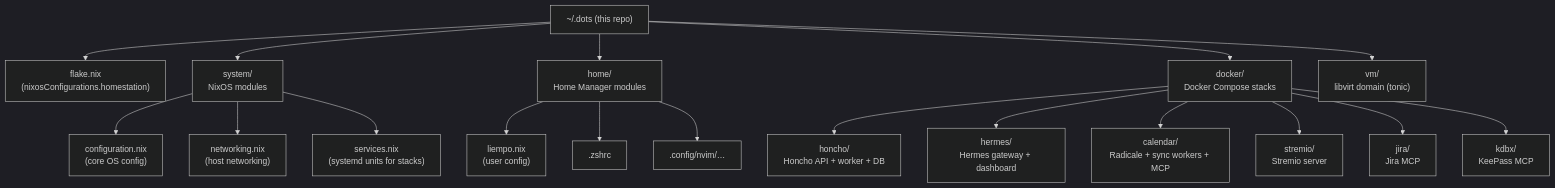
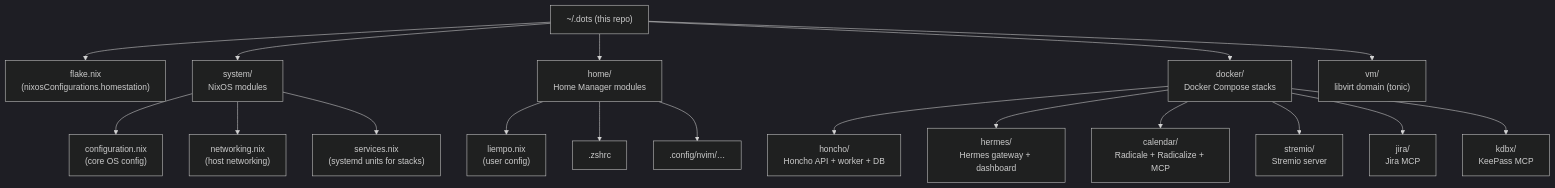
The first of 6 diagrams in README.md (liempo/dots.home), drawn with Mermaid (dark theme) before and after one commit. The commit also changed other lines of this file and 20 other files, not shown here.

````diff
--- a/README.md
+++ b/README.md
@@ -22,25 +25,25 @@
 ```mermaid
 flowchart TB
   repo["~/.dots (this repo)"]
 
   repo --> flake["flake.nix\n(nixosConfigurations.homestation)"]
   repo --> system["system/\nNixOS modules"]
   repo --> home["home/\nHome Manager modules"]
   repo --> docker["docker/\nDocker Compose stacks"]
   repo --> vm["vm/\nlibvirt domain (tonic)"]
 
   system --> cfg["configuration.nix\n(core OS config)"]
   system --> net["networking.nix\n(host networking)"]
   system --> svc["services.nix\n(systemd units for stacks)"]
 
   home --> hm["liempo.nix\n(user config)"]
   home --> zsh[".zshrc"]
   home --> nvim[".config/nvim/…"]
 
   docker --> honcho["honcho/\nHoncho API + worker + DB"]
   docker --> hermes["hermes/\nHermes gateway + dashboard"]
-  docker --> calendar["calendar/\nRadicale + sync workers + MCP"]
+  docker --> calendar["calendar/\nRadicale + Radicalize + MCP"]
   docker --> stremio["stremio/\nStremio server"]
   docker --> jira["jira/\nJira MCP"]
   docker --> kdbx["kdbx/\nKeePass MCP"]
 ```
````
